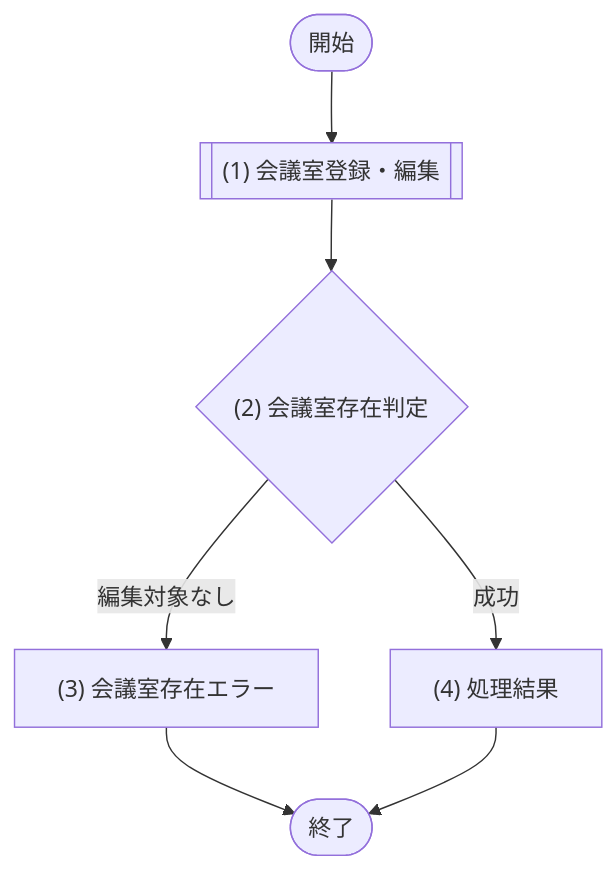
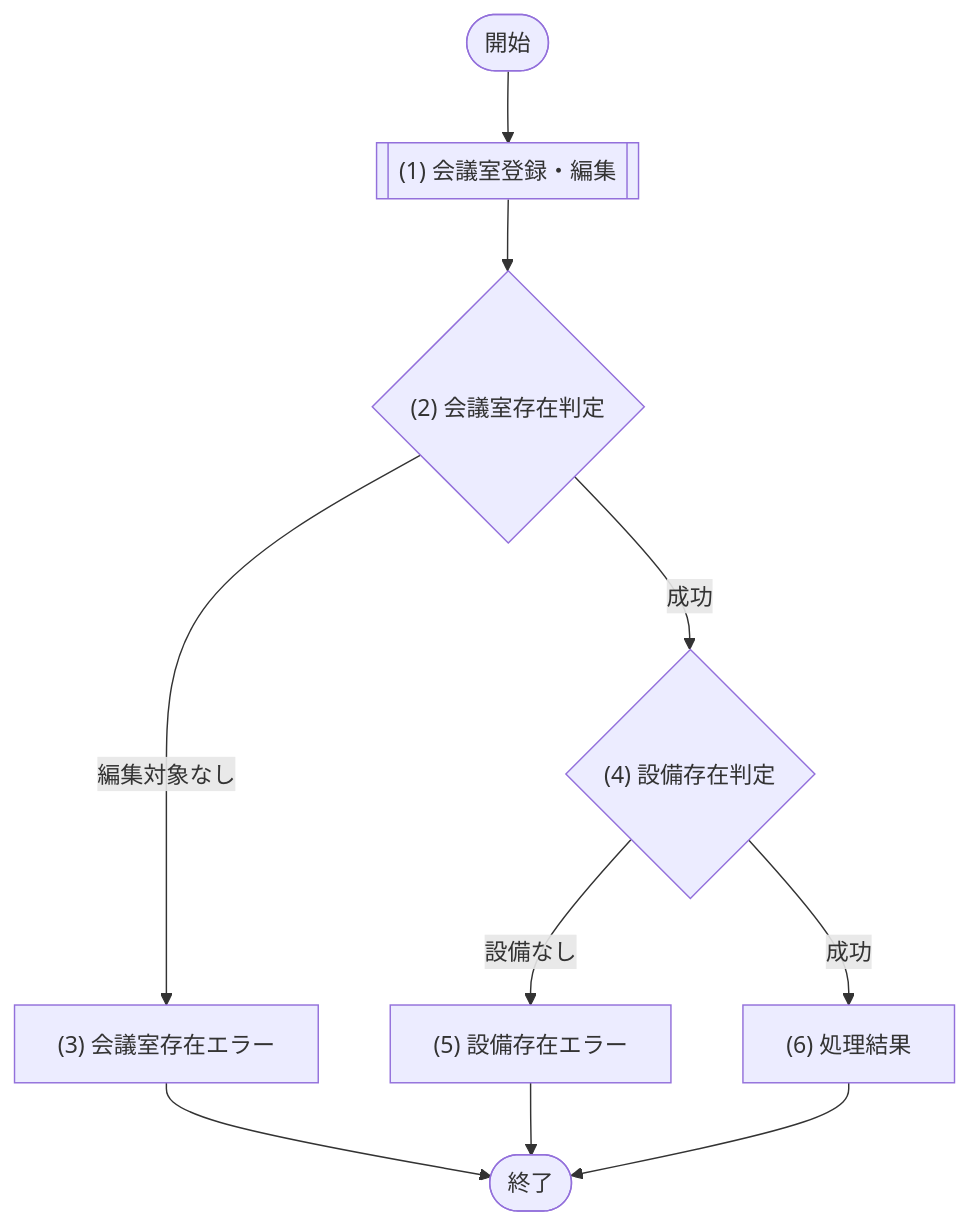
The diagram in docs/03_機能設計/04_API設計/API-007_会議室登録・編集.md (sikakou54/system-document-template), drawn with Mermaid before and after one commit. The commit also changed other lines of this file and 136 other files, not shown here.

````diff
--- a/docs/03_機能設計/04_API設計/API-007_会議室登録・編集.md
+++ b/docs/03_機能設計/04_API設計/API-007_会議室登録・編集.md
@@ -51,13 +51,17 @@
 ```mermaid
 flowchart TD
   Start([開始])
   P1[["(1) 会議室登録・編集"]]
   D1{"(2) 会議室存在判定"}
   E1["(3) 会議室存在エラー"]
-  P2["(4) 処理結果"]
+  D2{"(4) 設備存在判定"}
+  E2["(5) 設備存在エラー"]
+  P2["(6) 処理結果"]
   End([終了])
 
   Start --> P1 --> D1
   D1 -- "編集対象なし" --> E1 --> End
-  D1 -- "成功" --> P2 --> End
+  D1 -- "成功" --> D2
+  D2 -- "設備なし" --> E2 --> End
+  D2 -- "成功" --> P2 --> End
 ```
````
